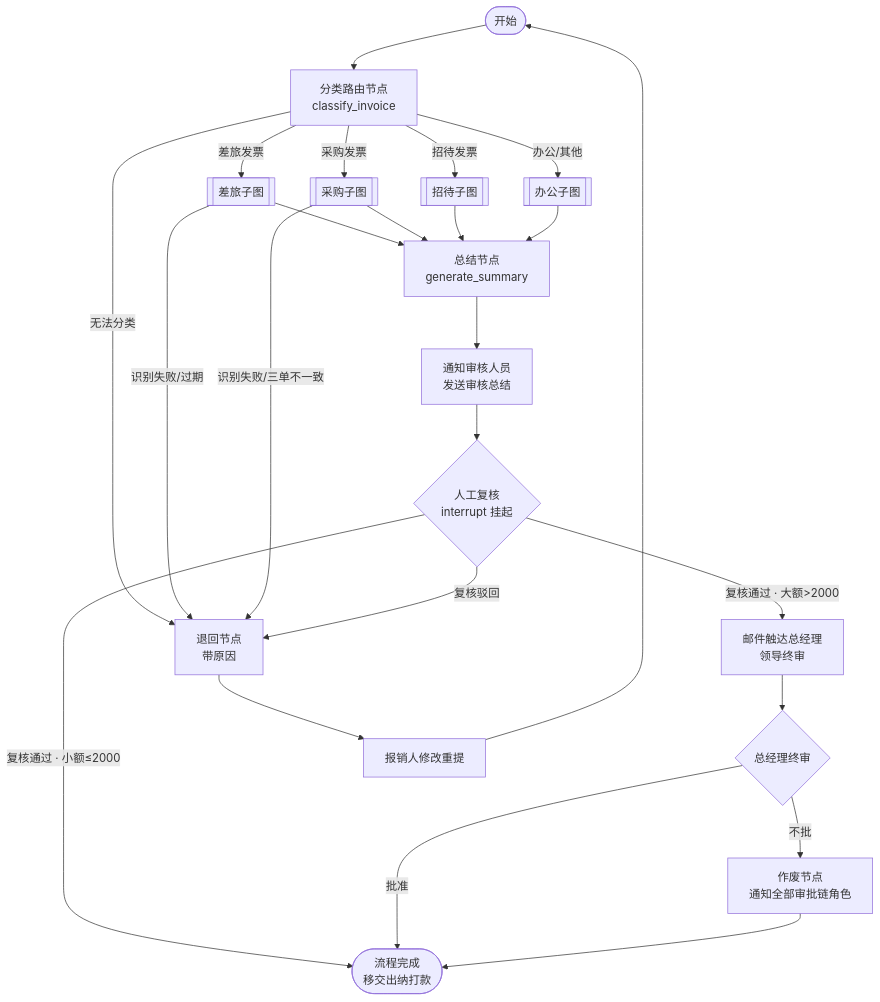
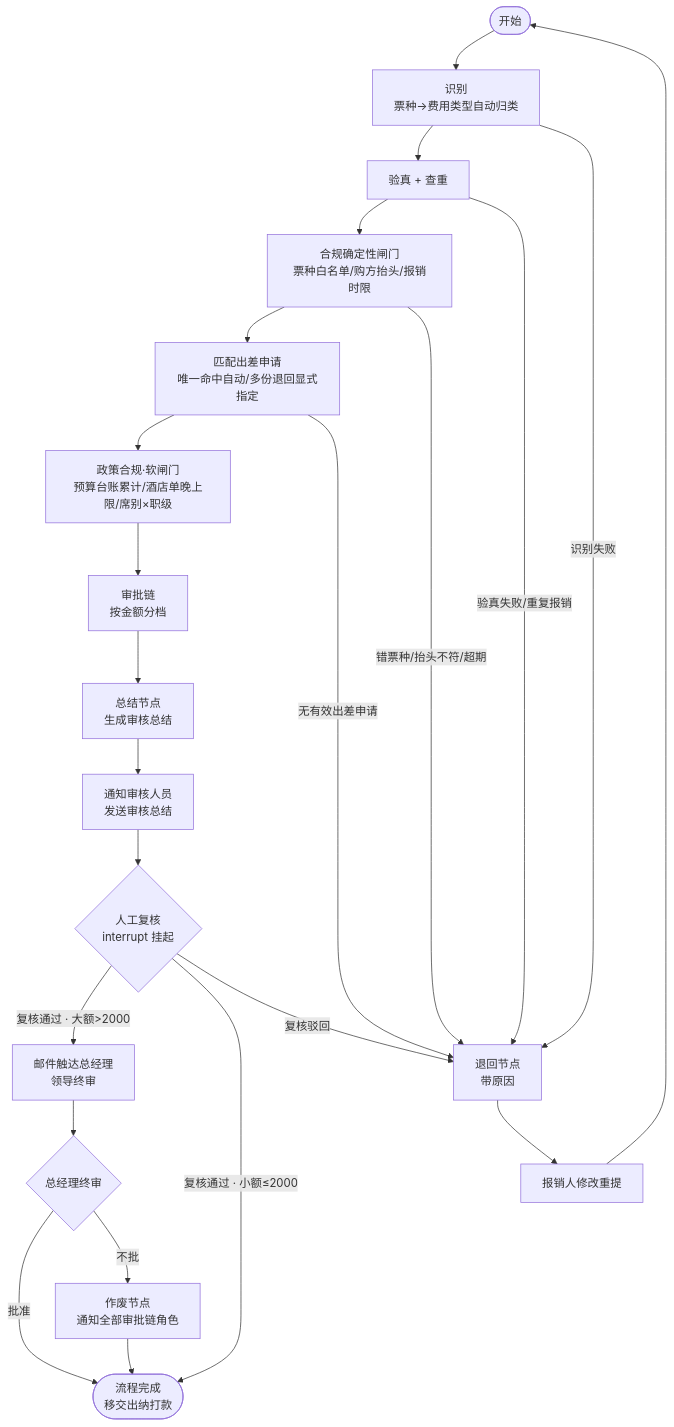
The second of 2 diagrams in README.md (LDFei/FlowInvoice), drawn with Mermaid before and after one commit. The commit also changed other lines of this file and 41 other files, not shown here.

````diff
--- a/README.md
+++ b/README.md
@@ -73,31 +75,28 @@
 ```mermaid
 flowchart TD
-    START([开始]) --> CLS[分类路由节点<br/>classify_invoice]
-    CLS -->|差旅发票| TRAV[[差旅子图]]
-    CLS -->|采购发票| PROC[[采购子图]]
-    CLS -->|招待发票| ENT[[招待子图]]
-    CLS -->|办公/其他| OFF[[办公子图]]
-    CLS -->|无法分类| RJ[退回节点<br/>带原因]
-
-    TRAV --> SUM[总结节点<br/>generate_summary]
-    PROC --> SUM
-    ENT --> SUM
-    OFF --> SUM
-
-    TRAV -->|识别失败/过期| RJ
-    PROC -->|识别失败/三单不一致| RJ
-
+    START([开始]) --> OCR[识别<br/>票种→费用类型自动归类]
+    OCR --> VER[验真 + 查重]
+    VER --> GATE[合规确定性闸门<br/>票种白名单/购方抬头/报销时限]
+    GATE --> ADV[匹配出差申请<br/>唯一命中自动/多份退回显式指定]
+    ADV --> SOFT[政策合规·软闸门<br/>预算台账累计/酒店单晚上限/席别×职级]
+    SOFT --> CHAIN[审批链<br/>按金额分档]
+    CHAIN --> SUM[总结节点<br/>生成审核总结]
     SUM --> NOT[通知审核人员<br/>发送审核总结]
     NOT --> INT{人工复核<br/>interrupt 挂起}
     INT -->|复核通过 · 大额>2000| EMAIL[邮件触达总经理<br/>领导终审]
     INT -->|复核通过 · 小额≤2000| ENDE([流程完成<br/>移交出纳打款<br/>总经理仅收到告知])
-    INT -->|复核驳回| RJ
+    INT -->|复核驳回| RJ[退回节点<br/>带原因]
 
     EMAIL --> DECIDE{总经理终审}
     DECIDE -->|批准| ENDE([流程完成<br/>移交出纳打款])
     DECIDE -->|不批| VOID[作废节点<br/>通知全部审批链角色]
 
     RJ --> RSU[报销人修改重提]
     RSU --> START
     VOID --> ENDE
+
+    OCR -->|识别失败| RJ
+    VER -->|验真失败/重复报销| RJ
+    GATE -->|错票种/抬头不符/超期| RJ
+    ADV -->|无有效出差申请| RJ
 ```
````
